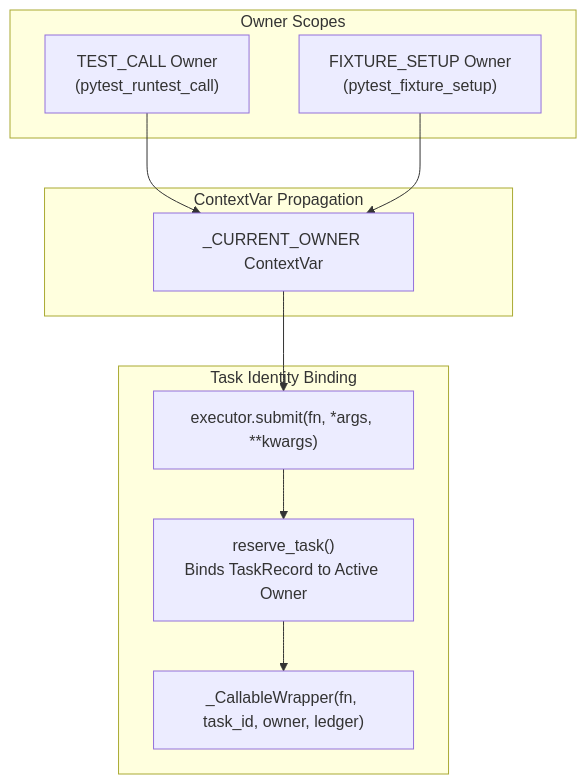
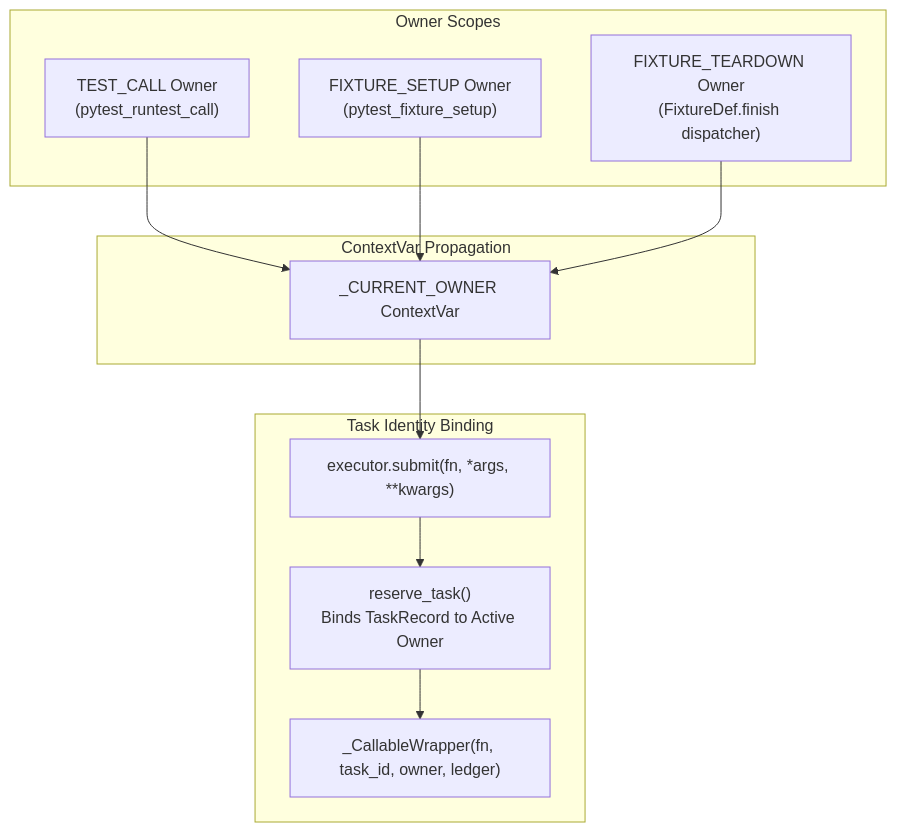
One commit to bitbyrizbit/pytest-state-guard changed the first of 2 diagrams in docs/architecture/ownership-and-lifecycle.md. Above: the diagram before and after it, drawn with Mermaid. The commit also changed other lines of this file and 8 other files, not shown here.

Commit message:
aligned fixture teardown documentation and corrected session state type annotation

````diff
--- a/docs/architecture/ownership-and-lifecycle.md
+++ b/docs/architecture/ownership-and-lifecycle.md
@@ -13,23 +13,25 @@
 ```mermaid
 flowchart TD
     subgraph OwnerScopes["Owner Scopes"]
         TCO["TEST_CALL Owner<br>(pytest_runtest_call)"]
         FSO["FIXTURE_SETUP Owner<br>(pytest_fixture_setup)"]
+        FTO["FIXTURE_TEARDOWN Owner<br>(FixtureDef.finish dispatcher)"]
     end
 
     subgraph ContextVar["ContextVar Propagation"]
         CV["_CURRENT_OWNER ContextVar"]
     end
 
     subgraph TaskBinding["Task Identity Binding"]
         SUBMIT["executor.submit(fn, *args, **kwargs)"]
         RES["reserve_task()<br>Binds TaskRecord to Active Owner"]
         WRAP["_CallableWrapper(fn, task_id, owner, ledger)"]
     end
 
     TCO --> CV
     FSO --> CV
+    FTO --> CV
     CV --> SUBMIT
     SUBMIT --> RES
     RES --> WRAP
 ```
````
